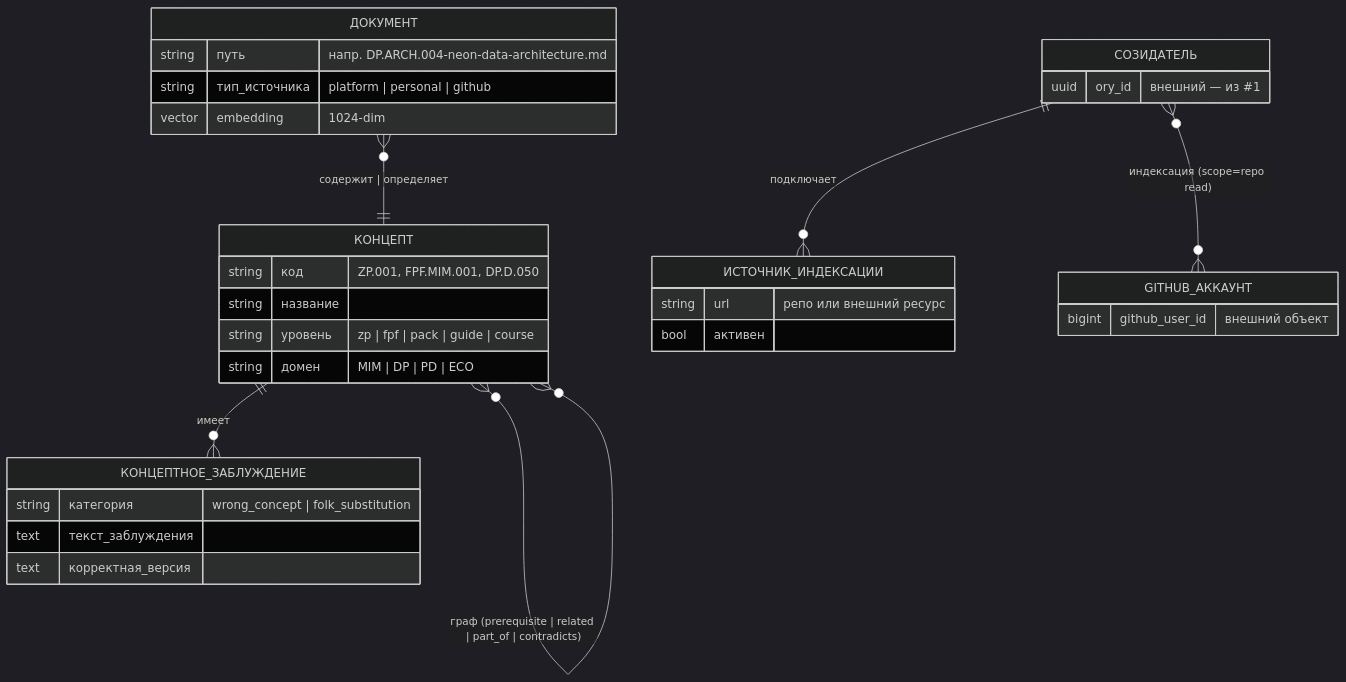
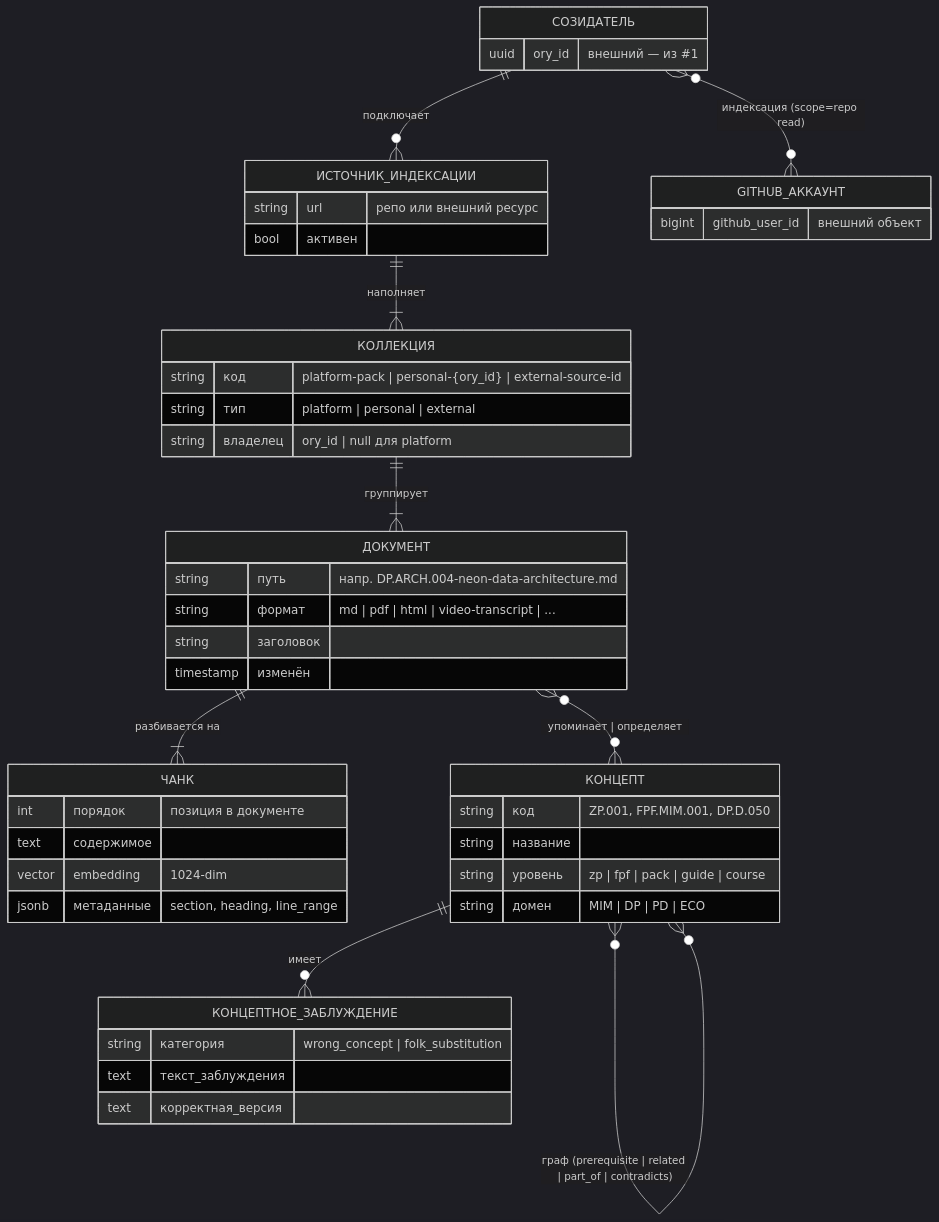
The fourth of 15 diagrams in pack/digital-platform/02-domain-entities/DP.ARCH.004-neon-data-architecture.md (TserenTserenov/PACK-digital-platform), drawn with Mermaid (dark theme) before and after one commit. The commit also changed other lines of this file and 2 other files, not shown here.

````diff
--- a/pack/digital-platform/02-domain-entities/DP.ARCH.004-neon-data-architecture.md
+++ b/pack/digital-platform/02-domain-entities/DP.ARCH.004-neon-data-architecture.md
@@ -314,35 +367,50 @@
 ```mermaid
 erDiagram
-    ДОКУМЕНТ }o--|| КОНЦЕПТ : "содержит | определяет"
+    КОЛЛЕКЦИЯ ||--|{ ДОКУМЕНТ : "группирует"
+    ДОКУМЕНТ ||--|{ ЧАНК : "разбивается на"
+    ДОКУМЕНТ }o--o{ КОНЦЕПТ : "упоминает | определяет"
     КОНЦЕПТ }o--o{ КОНЦЕПТ : "граф (prerequisite | related | part_of | contradicts)"
     КОНЦЕПТ ||--o{ КОНЦЕПТНОЕ_ЗАБЛУЖДЕНИЕ : "имеет"
     СОЗИДАТЕЛЬ ||--o{ ИСТОЧНИК_ИНДЕКСАЦИИ : "подключает"
+    ИСТОЧНИК_ИНДЕКСАЦИИ ||--|{ КОЛЛЕКЦИЯ : "наполняет"
     СОЗИДАТЕЛЬ }o--o{ GITHUB_АККАУНТ : "индексация (scope=repo read)"
 
+    КОЛЛЕКЦИЯ {
+        string код "platform-pack | personal-{ory_id} | external-source-id"
+        string тип "platform | personal | external"
+        string владелец "ory_id | null для platform"
+    }
     ДОКУМЕНТ {
         string путь "напр. DP.ARCH.004-neon-data-architecture.md"
-        string тип_источника "platform | personal | github"
+        string формат "md | pdf | html | video-transcript | ..."
+        string заголовок
+        timestamp изменён
+    }
+    ЧАНК {
+        int порядок "позиция в документе"
+        text содержимое
         vector embedding "1024-dim"
+        jsonb метаданные "section, heading, line_range"
     }
     КОНЦЕПТ {
         string код "ZP.001, FPF.MIM.001, DP.D.050"
         string название
         string уровень "zp | fpf | pack | guide | course"
         string домен "MIM | DP | PD | ECO"
     }
     КОНЦЕПТНОЕ_ЗАБЛУЖДЕНИЕ {
         string категория "wrong_concept | folk_substitution"
         text текст_заблуждения
         text корректная_версия
     }
     ИСТОЧНИК_ИНДЕКСАЦИИ {
         string url "репо или внешний ресурс"
         bool активен
     }
     СОЗИДАТЕЛЬ {
         uuid ory_id "внешний — из #1"
     }
     GITHUB_АККАУНТ {
         bigint github_user_id "внешний объект"
     }
 ```
````
